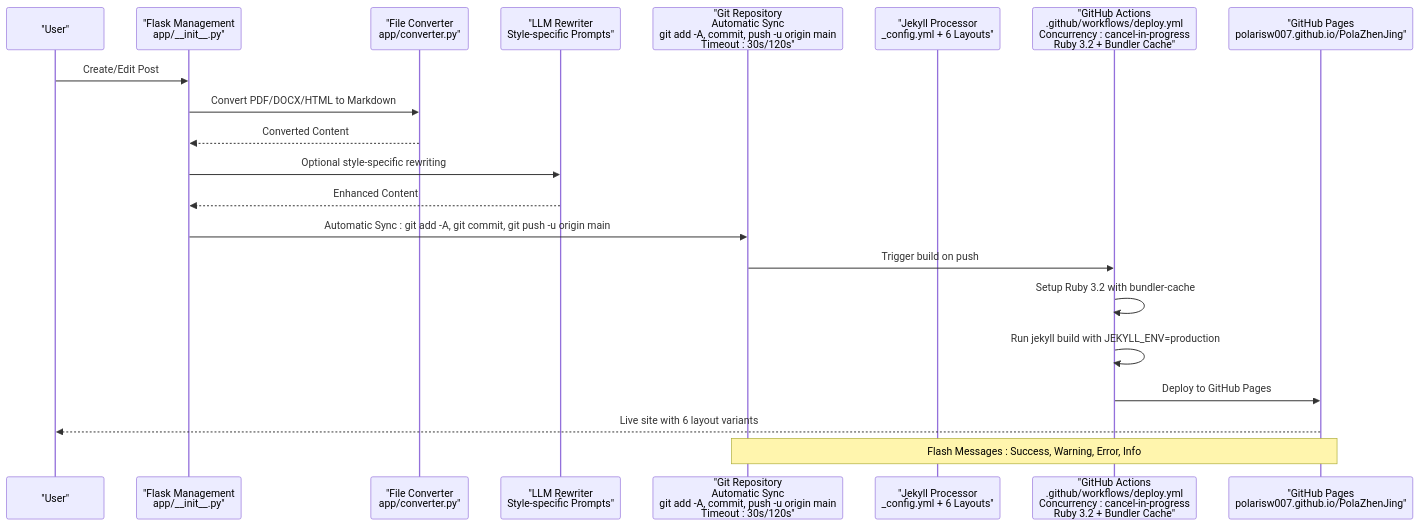
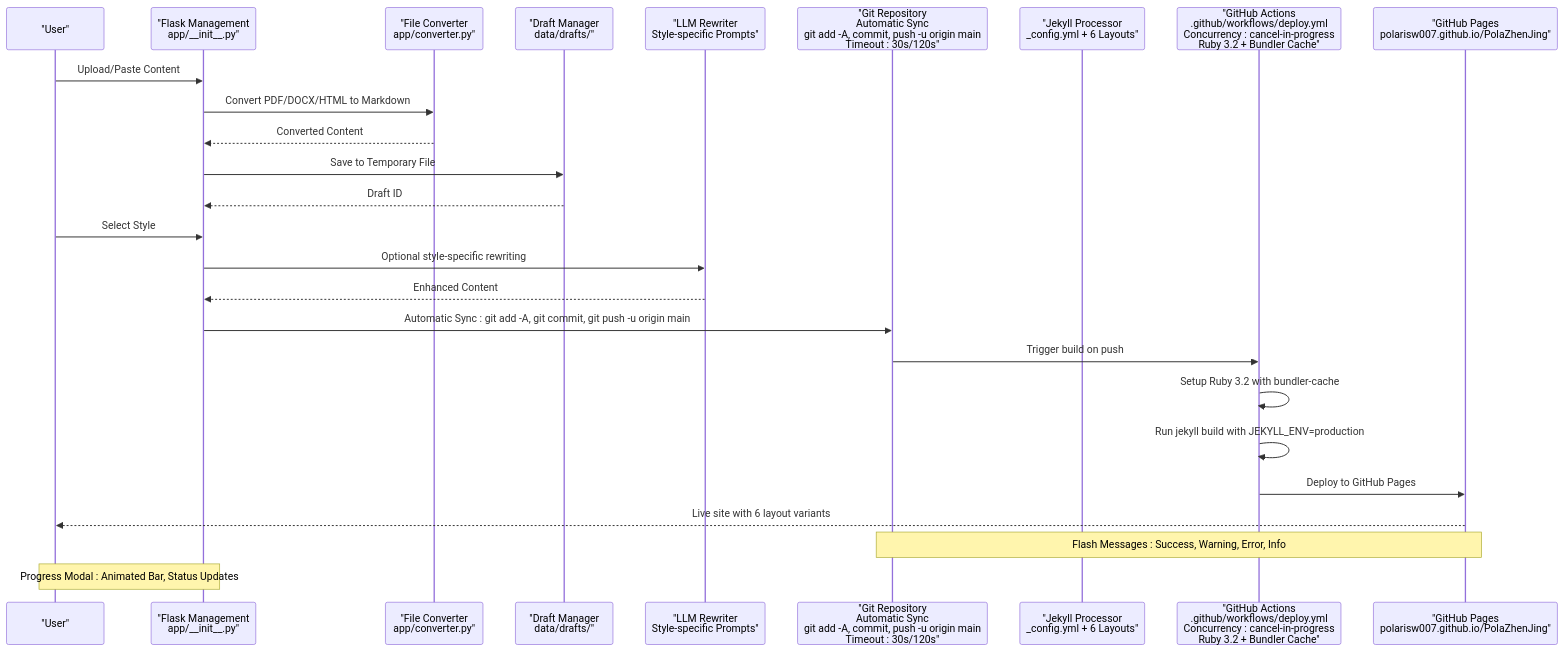
Before and after one commit to PolarisW007/PolaZhenJing: the second of 4 diagrams in .qoder/repowiki/en/content/Backend Application/Publishing Pipeline.md, drawn with Mermaid. The commit also changed other lines of this file and 4 other files, not shown here.

````diff
--- a/.qoder/repowiki/en/content/Backend Application/Publishing Pipeline.md
+++ b/.qoder/repowiki/en/content/Backend Application/Publishing Pipeline.md
@@ -186,23 +221,28 @@
 ```mermaid
 sequenceDiagram
 participant User as "User"
 participant Flask as "Flask Management<br/>app/__init__.py"
 participant Converter as "File Converter<br/>app/converter.py"
+participant Draft as "Draft Manager<br/>data/drafts/"
 participant LLM as "LLM Rewriter<br/>Style-specific Prompts"
 participant Git as "Git Repository<br/>Automatic Sync<br/>git add -A, commit, push -u origin main<br/>Timeout : 30s/120s"
 participant Jekyll as "Jekyll Processor<br/>_config.yml + 6 Layouts"
 participant GH as "GitHub Actions<br/>.github/workflows/deploy.yml<br/>Concurrency : cancel-in-progress<br/>Ruby 3.2 + Bundler Cache"
 participant Pages as "GitHub Pages<br/>polarisw007.github.io/PolaZhenJing"
-User->>Flask : Create/Edit Post
+User->>Flask : Upload/Paste Content
 Flask->>Converter : Convert PDF/DOCX/HTML to Markdown
 Converter-->>Flask : Converted Content
+Flask->>Draft : Save to Temporary File
+Draft-->>Flask : Draft ID
+User->>Flask : Select Style
 Flask->>LLM : Optional style-specific rewriting
 LLM-->>Flask : Enhanced Content
 Flask->>Git : Automatic Sync : git add -A, git commit, git push -u origin main
 Git->>GH : Trigger build on push
 GH->>GH : Setup Ruby 3.2 with bundler-cache
 GH->>GH : Run jekyll build with JEKYLL_ENV=production
 GH->>Pages : Deploy to GitHub Pages
 Pages-->>User : Live site with 6 layout variants
 Note over Git,Pages : Flash Messages : Success, Warning, Error, Info
+Note over User,Flask : Progress Modal : Animated Bar, Status Updates
 ```
````
